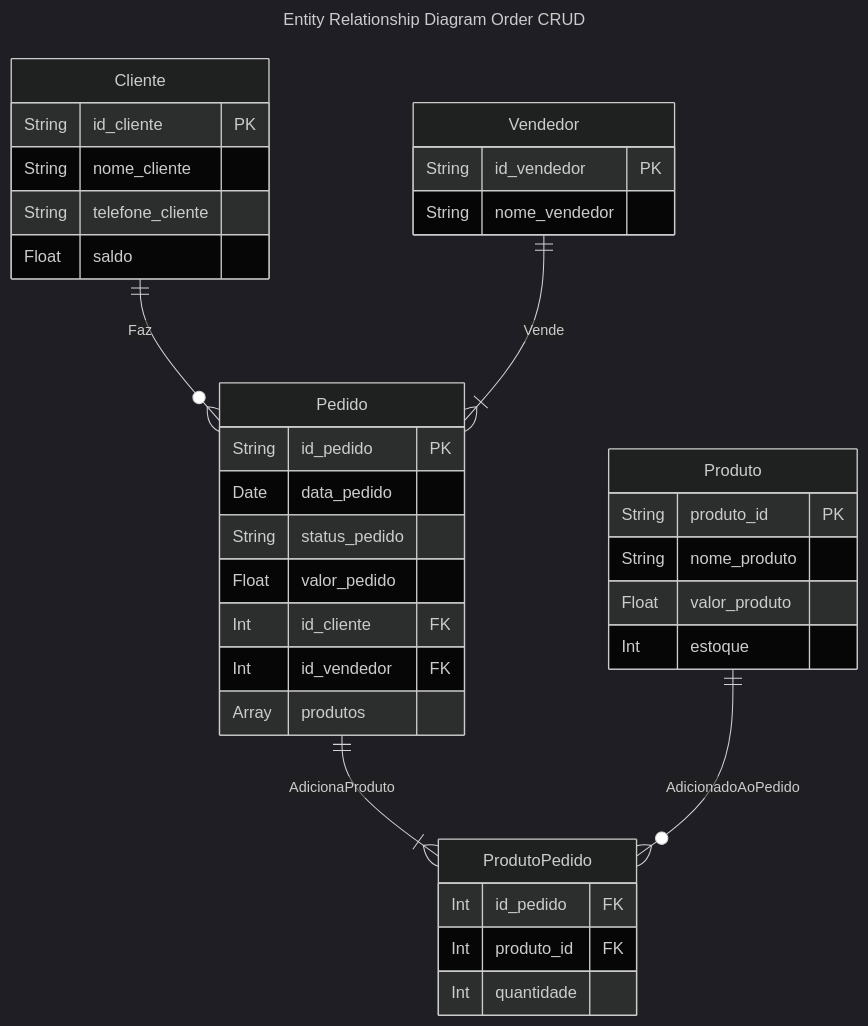
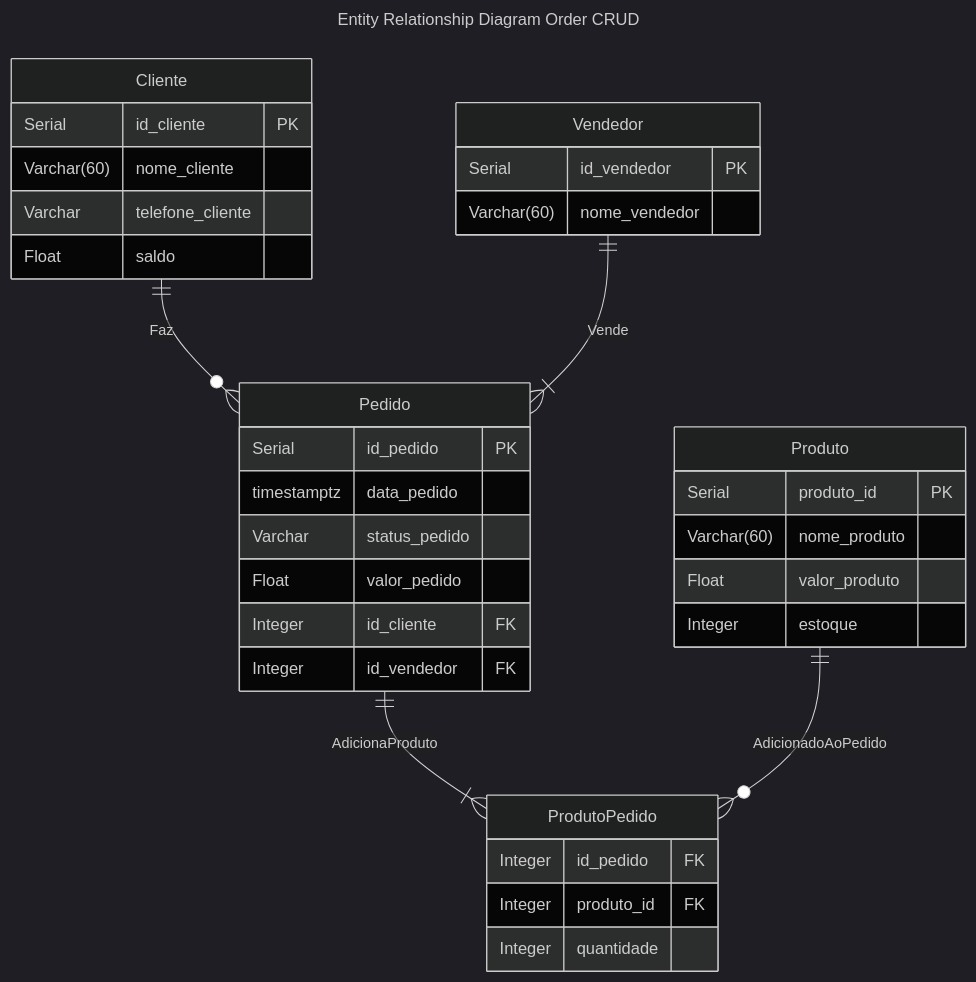
Before and after one commit to marianaoliveira-mb/APIGo: the diagram in diagrams/der.mmd, drawn with Mermaid (dark theme). The commit also changed 6 other files, not shown here.

```diff
--- a/diagrams/der.mmd
+++ b/diagrams/der.mmd
@@ -1,43 +1,42 @@
 ---
 title: Entity Relationship Diagram Order CRUD
 ---
 erDiagram
     Cliente{
-        String id_cliente PK
-        String nome_cliente
-        String telefone_cliente
+        Serial id_cliente PK
+        Varchar(60) nome_cliente
+        Varchar telefone_cliente
         Float saldo
     }
 
     Vendedor{
-        String id_vendedor PK
-        String nome_vendedor
+        Serial id_vendedor PK
+        Varchar(60) nome_vendedor
     }
 
     Pedido{
-        String id_pedido PK
-        Date data_pedido
-        String status_pedido
+        Serial id_pedido PK
+        timestamptz data_pedido
+        Varchar status_pedido
         Float valor_pedido
-        Int id_cliente FK
-        Int id_vendedor FK
-        Array produtos 
+        Integer id_cliente FK
+        Integer id_vendedor FK 
     }
 
     Produto{
-        String produto_id PK
-        String nome_produto
+        Serial produto_id PK
+        Varchar(60) nome_produto
         Float valor_produto
-        Int estoque
+        Integer estoque
     }
 
     ProdutoPedido{
-        Int id_pedido FK
-        Int produto_id FK
-        Int quantidade
+        Integer id_pedido FK
+        Integer produto_id FK
+        Integer quantidade
     }
 
     Cliente ||--o{ Pedido : Faz
     Vendedor ||--|{ Pedido : Vende
     Pedido ||--|{ ProdutoPedido : AdicionaProduto
     Produto ||--o{ ProdutoPedido : AdicionadoAoPedido
```
